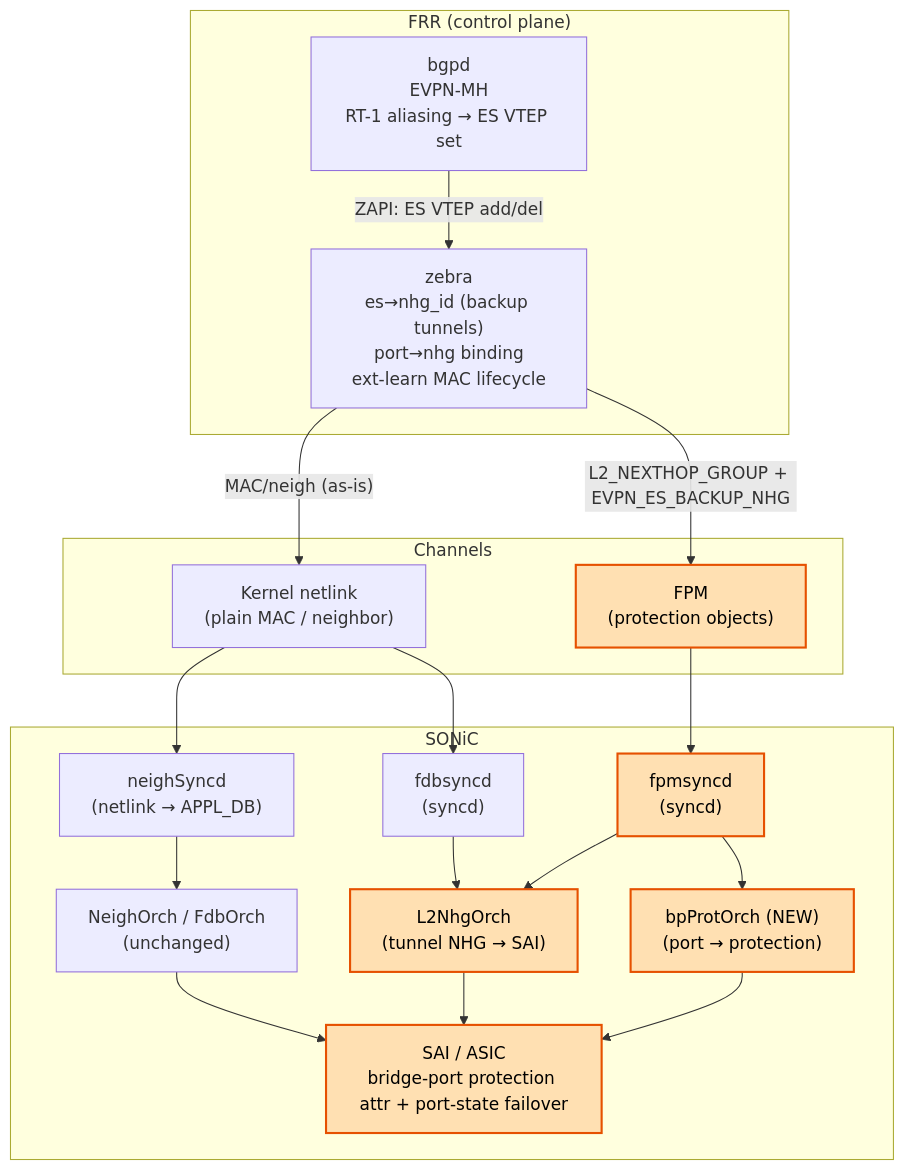
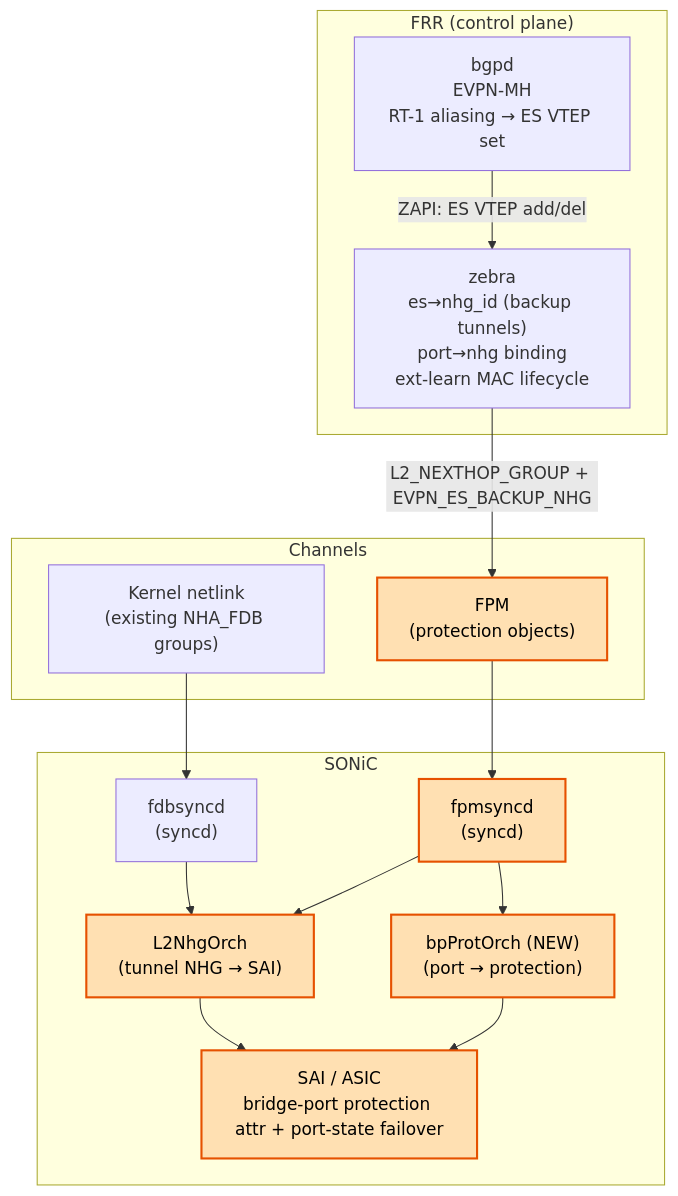
The second of 8 diagrams in doc/vxlan/EVPN/BridgePort_Protection_HLD.md (sonic-net/SONiC), drawn with Mermaid before and after one commit. The commit also changed other lines of this file, not shown here.

````diff
--- a/doc/vxlan/EVPN/BridgePort_Protection_HLD.md
+++ b/doc/vxlan/EVPN/BridgePort_Protection_HLD.md
@@ -254,39 +256,33 @@
 ```mermaid
 graph TB
     subgraph FRR["FRR (control plane)"]
         BGPD["bgpd<br/>EVPN-MH<br/>RT-1 aliasing → ES VTEP set"]
         ZEBRA["zebra<br/>es→nhg_id (backup tunnels)<br/>port→nhg binding<br/>ext-learn MAC lifecycle"]
         BGPD -->|"ZAPI: ES VTEP add/del"| ZEBRA
     end
 
     subgraph CH["Channels"]
-        KERN["Kernel netlink<br/>(plain MAC / neighbor)"]
+        KERN["Kernel netlink<br/>(existing NHA_FDB groups)"]
         FPM["FPM<br/>(protection objects)"]
     end
 
     subgraph SONIC["SONiC"]
-        NEIGHSY["neighSyncd<br/>(netlink → APPL_DB)"]
         FDBSY["fdbsyncd<br/>(syncd)"]
         FPMSY["fpmsyncd<br/>(syncd)"]
-        NEIGH["NeighOrch / FdbOrch<br/>(unchanged)"]
         L2NHG["L2NhgOrch<br/>(tunnel NHG → SAI)"]
         BPPROT["bpProtOrch (NEW)<br/>(port → protection)"]
         SAI["SAI / ASIC<br/>bridge-port protection attr + port-state failover"]
-        NEIGHSY --> NEIGH
         FDBSY --> L2NHG
         FPMSY --> L2NHG
         FPMSY --> BPPROT
-        NEIGH --> SAI
         L2NHG --> SAI
         BPPROT --> SAI
     end
 
-    ZEBRA -->|"MAC/neigh (as-is)"| KERN
     ZEBRA -->|"L2_NEXTHOP_GROUP + EVPN_ES_BACKUP_NHG"| FPM
-    KERN --> NEIGHSY
     KERN --> FDBSY
     FPM --> FPMSY
 
     classDef changing fill:#ffe0b2,stroke:#e65100,stroke-width:2px,color:#000;
     class FPM,FPMSY,L2NHG,BPPROT,SAI changing;
 ```
````
